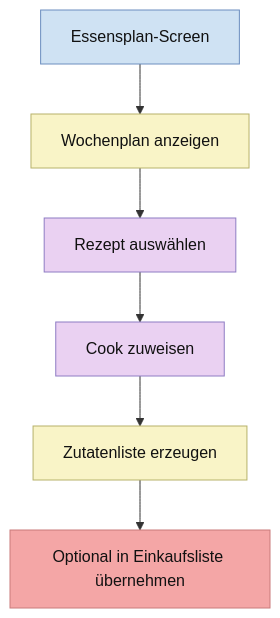
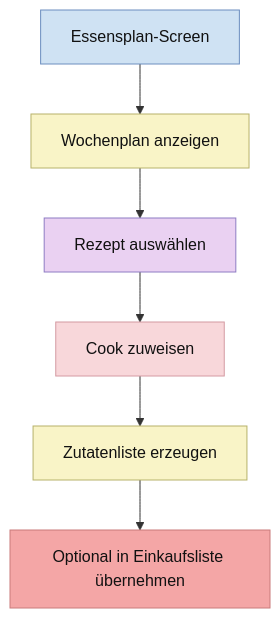
Diagram 22 of 45 in ABLAUFDIAGRAMM.md (Nejy190501/WGManager), drawn with Mermaid before and after one commit. The commit also changed other lines of this file, not shown here.

````diff
--- a/ABLAUFDIAGRAMM.md
+++ b/ABLAUFDIAGRAMM.md
@@ -500,21 +770,22 @@
 ```mermaid
 flowchart TD
     A["Essensplan-Screen"] --> B["Wochenplan anzeigen"]
     B --> C["Rezept auswählen"]
     C --> D["Cook zuweisen"]
     D --> E["Zutatenliste erzeugen"]
     E --> F["Optional in Einkaufsliste übernehmen"]
 
     classDef userAction fill:#ead1f2,stroke:#8e7cc3,color:#111;
     classDef systemAction fill:#f9f4c7,stroke:#b7b26a,color:#111;
     classDef userDecision fill:#f4cccc,stroke:#cc7a7a,color:#111;
     classDef systemDecision fill:#fff2b2,stroke:#c9b458,color:#111;
     classDef button fill:#f4a6a6,stroke:#c97b7b,color:#111;
     classDef userInput fill:#f8d7da,stroke:#d49aa2,color:#111;
     classDef screen fill:#cfe2f3,stroke:#6c8ebf,color:#111;
 
     class B,E systemAction;
-    class C,D userAction;
+    class C userAction;
+    class D userInput;
     class F button;
     class A screen;
 ```
````
